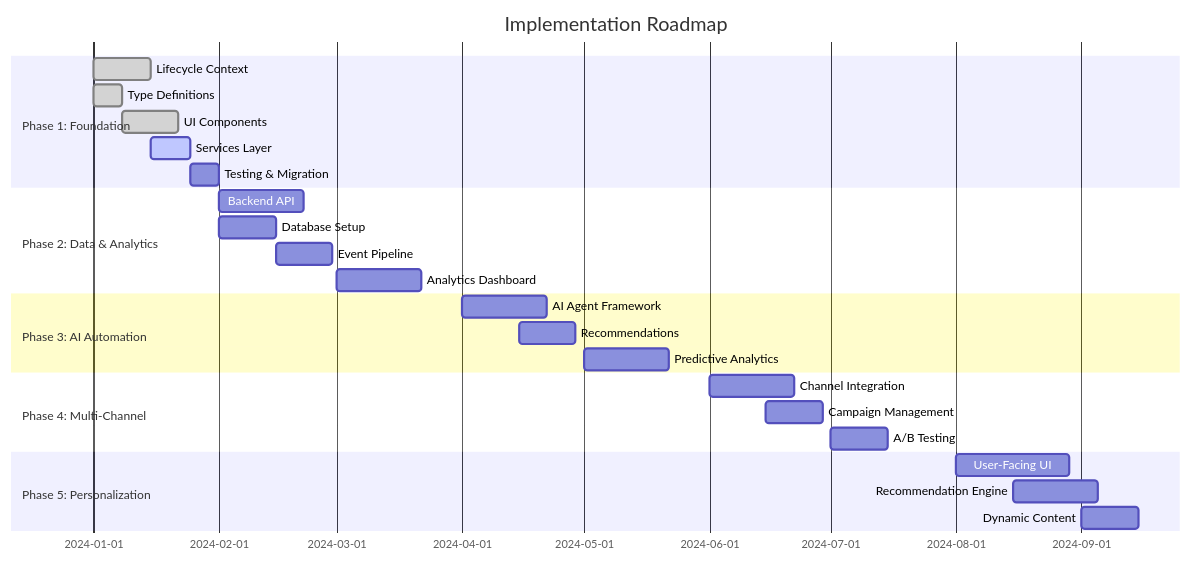
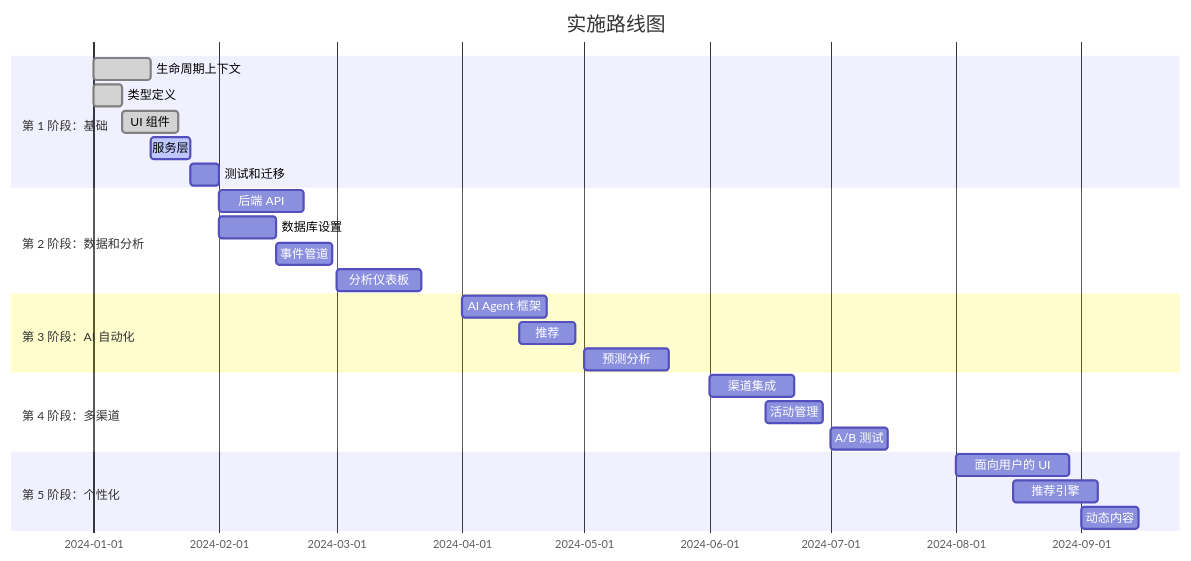
One commit to liushuai0109/workflow-engine changed the tenth of 14 diagrams in openspec/changes/archive/2025-12-19-add-lifecycle-operations-foundation/ARCHITECTURE.md. Above: the diagram before and after it, drawn with Mermaid. The commit also changed other lines of this file and 12 other files, not shown here.

````diff
--- a/openspec/changes/archive/2025-12-19-add-lifecycle-operations-foundation/ARCHITECTURE.md
+++ b/openspec/changes/archive/2025-12-19-add-lifecycle-operations-foundation/ARCHITECTURE.md
@@ -513,32 +513,32 @@
 ```mermaid
 gantt
-    title Implementation Roadmap
+    title 实施路线图
     dateFormat  YYYY-MM-DD
-    section Phase 1: Foundation
-    Lifecycle Context       :done, p1a, 2024-01-01, 14d
-    Type Definitions        :done, p1b, 2024-01-01, 7d
-    UI Components          :done, p1c, 2024-01-08, 14d
-    Services Layer         :active, p1d, 2024-01-15, 10d
-    Testing & Migration    :p1e, 2024-01-25, 7d
+    section 第 1 阶段：基础
+    生命周期上下文       :done, p1a, 2024-01-01, 14d
+    类型定义        :done, p1b, 2024-01-01, 7d
+    UI 组件          :done, p1c, 2024-01-08, 14d
+    服务层         :active, p1d, 2024-01-15, 10d
+    测试和迁移    :p1e, 2024-01-25, 7d
 
-    section Phase 2: Data & Analytics
-    Backend API            :p2a, 2024-02-01, 21d
-    Database Setup         :p2b, 2024-02-01, 14d
-    Event Pipeline         :p2c, 2024-02-15, 14d
-    Analytics Dashboard    :p2d, 2024-03-01, 21d
+    section 第 2 阶段：数据和分析
+    后端 API            :p2a, 2024-02-01, 21d
+    数据库设置         :p2b, 2024-02-01, 14d
+    事件管道         :p2c, 2024-02-15, 14d
+    分析仪表板    :p2d, 2024-03-01, 21d
 
-    section Phase 3: AI Automation
-    AI Agent Framework     :p3a, 2024-04-01, 21d
-    Recommendations        :p3b, 2024-04-15, 14d
-    Predictive Analytics   :p3c, 2024-05-01, 21d
+    section 第 3 阶段：AI 自动化
+    AI Agent 框架     :p3a, 2024-04-01, 21d
+    推荐        :p3b, 2024-04-15, 14d
+    预测分析   :p3c, 2024-05-01, 21d
 
-    section Phase 4: Multi-Channel
-    Channel Integration    :p4a, 2024-06-01, 21d
-    Campaign Management    :p4b, 2024-06-15, 14d
-    A/B Testing           :p4c, 2024-07-01, 14d
+    section 第 4 阶段：多渠道
+    渠道集成    :p4a, 2024-06-01, 21d
+    活动管理    :p4b, 2024-06-15, 14d
+    A/B 测试           :p4c, 2024-07-01, 14d
 
-    section Phase 5: Personalization
-    User-Facing UI        :p5a, 2024-08-01, 28d
-    Recommendation Engine :p5b, 2024-08-15, 21d
-    Dynamic Content       :p5c, 2024-09-01, 14d
+    section 第 5 阶段：个性化
+    面向用户的 UI        :p5a, 2024-08-01, 28d
+    推荐引擎 :p5b, 2024-08-15, 21d
+    动态内容       :p5c, 2024-09-01, 14d
 ```
````
